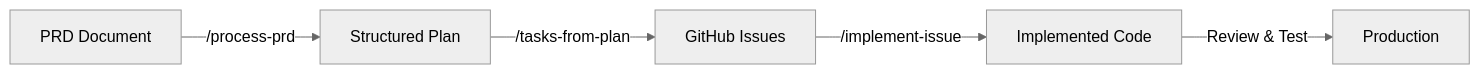
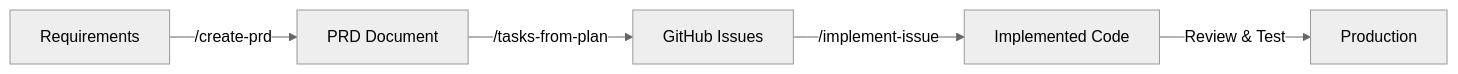
The diagram in docs/ROBOT_ARMY_GUIDE.md (dgriffith/bad-daves-robot-army), drawn with Mermaid (neutral theme) before and after one commit. The commit also changed other lines of this file and 1 other file, not shown here.

First line of the commit message:
Fix /bad-daves-robot-army command and correct PRD workflow documentation

````diff
--- a/docs/ROBOT_ARMY_GUIDE.md
+++ b/docs/ROBOT_ARMY_GUIDE.md
@@ -75,7 +75,7 @@
 ```mermaid
 graph LR
-    A[PRD Document] -->|/process-prd| B[Structured Plan]
+    A[Requirements] -->|/create-prd| B[PRD Document]
     B -->|/tasks-from-plan| C[GitHub Issues]
     C -->|/implement-issue| D[Implemented Code]
     D -->|Review & Test| E[Production]
 ```
````
